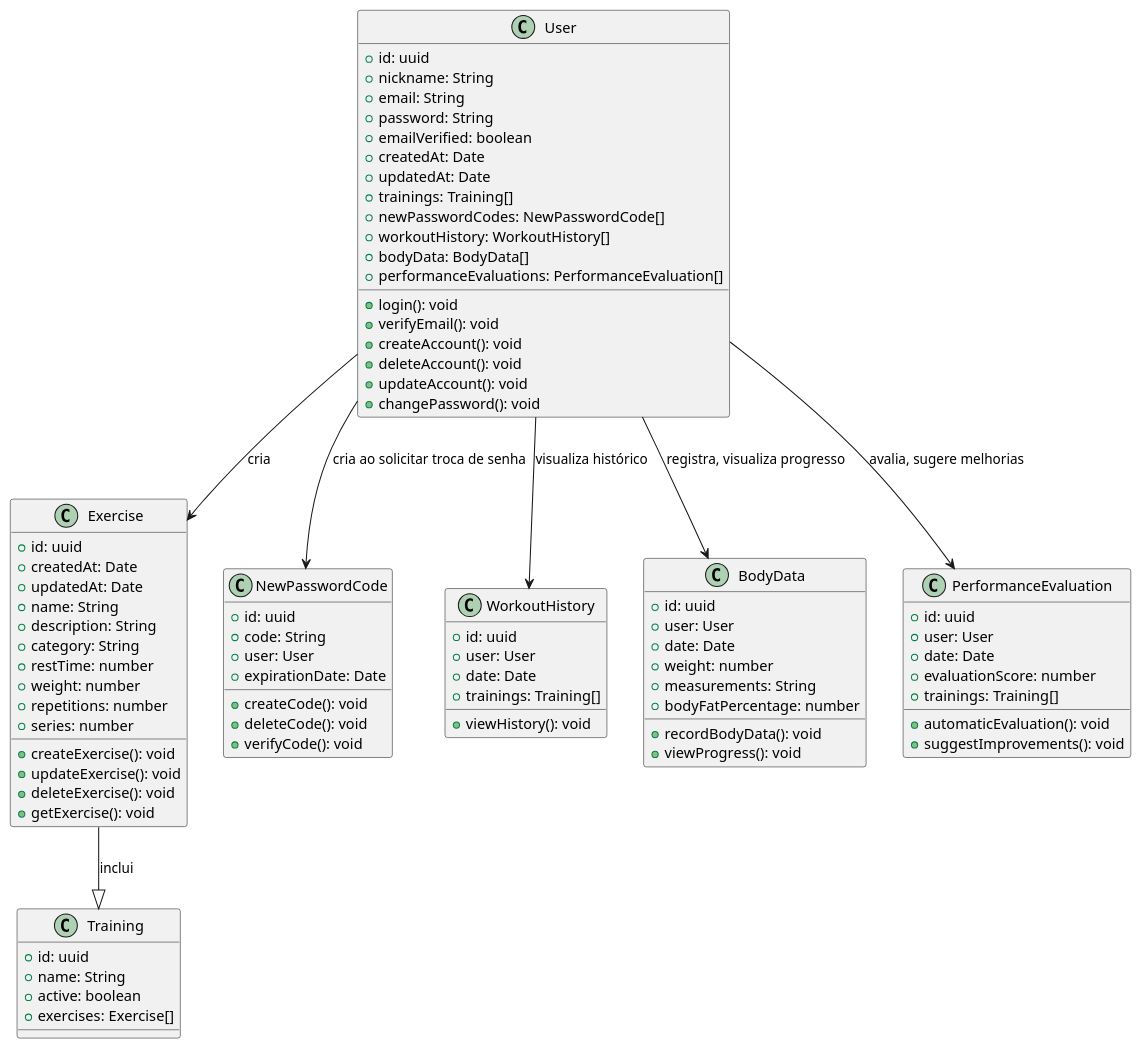
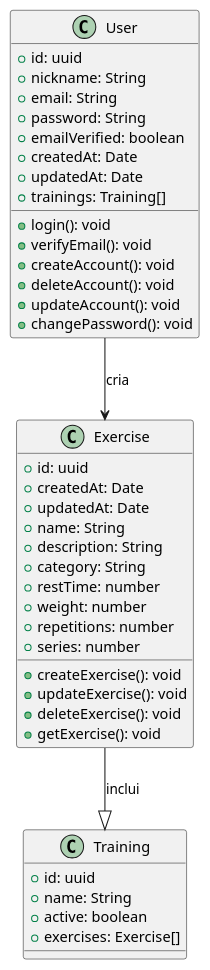
One commit to LucasReisV1337/api-gym changed the diagram in uml/index.wsd. Above: the diagram before and after it, drawn with PlantUML. The commit also changed 16 other files, not shown here.

```diff
--- a/uml/index.wsd
+++ b/uml/index.wsd
@@ -1,94 +1,49 @@
 @startuml
 
 class User {
   + id: uuid
   + nickname: String
   + email: String
   + password: String
   + emailVerified: boolean
   + createdAt: Date
   + updatedAt: Date
   + login(): void
   + verifyEmail(): void
   + createAccount(): void
   + deleteAccount(): void
   + updateAccount(): void
   + changePassword(): void
   + trainings: Training[]
-  + newPasswordCodes: NewPasswordCode[]
-  + workoutHistory: WorkoutHistory[] 
-  + bodyData: BodyData[] 
-  + performanceEvaluations: PerformanceEvaluation[]
-}
+  }
 
 class Exercise {
   + id: uuid
   + createdAt: Date
   + updatedAt: Date
   + name: String
   + description: String
   + category: String
   + restTime: number
   + weight: number
   + repetitions: number
   + series: number
   + createExercise(): void
   + updateExercise(): void
   + deleteExercise(): void
   + getExercise(): void
 }
 
 class Training {
   + id: uuid
   + name: String
   + active: boolean
   + exercises: Exercise[]
 }
 
-class NewPasswordCode {
-    + id: uuid
-    + code: String
-    + user: User
-    + expirationDate: Date
-    + createCode(): void
-    + deleteCode(): void
-    + verifyCode(): void
-}
 
-class WorkoutHistory {
-    + id: uuid
-    + user: User
-    + date: Date
-    + viewHistory(): void
-    + trainings: Training[]
-}
-
-class BodyData {
-    + id: uuid
-    + user: User
-    + date: Date
-    + weight: number
-    + measurements: String
-    + bodyFatPercentage: number
-    + recordBodyData(): void
-    + viewProgress(): void
-}
-
-class PerformanceEvaluation {
-    + id: uuid
-    + user: User
-    + date: Date
-    + evaluationScore: number
-    + automaticEvaluation(): void
-    + suggestImprovements(): void
-    + trainings: Training[]
-}
 
 User --> Exercise : cria
-User --> NewPasswordCode : cria ao solicitar troca de senha 
-User --> WorkoutHistory : visualiza histórico
-User --> BodyData : registra, visualiza progresso
-User --> PerformanceEvaluation : avalia, sugere melhorias
 Exercise --|> Training : inclui
 
 @enduml
```
